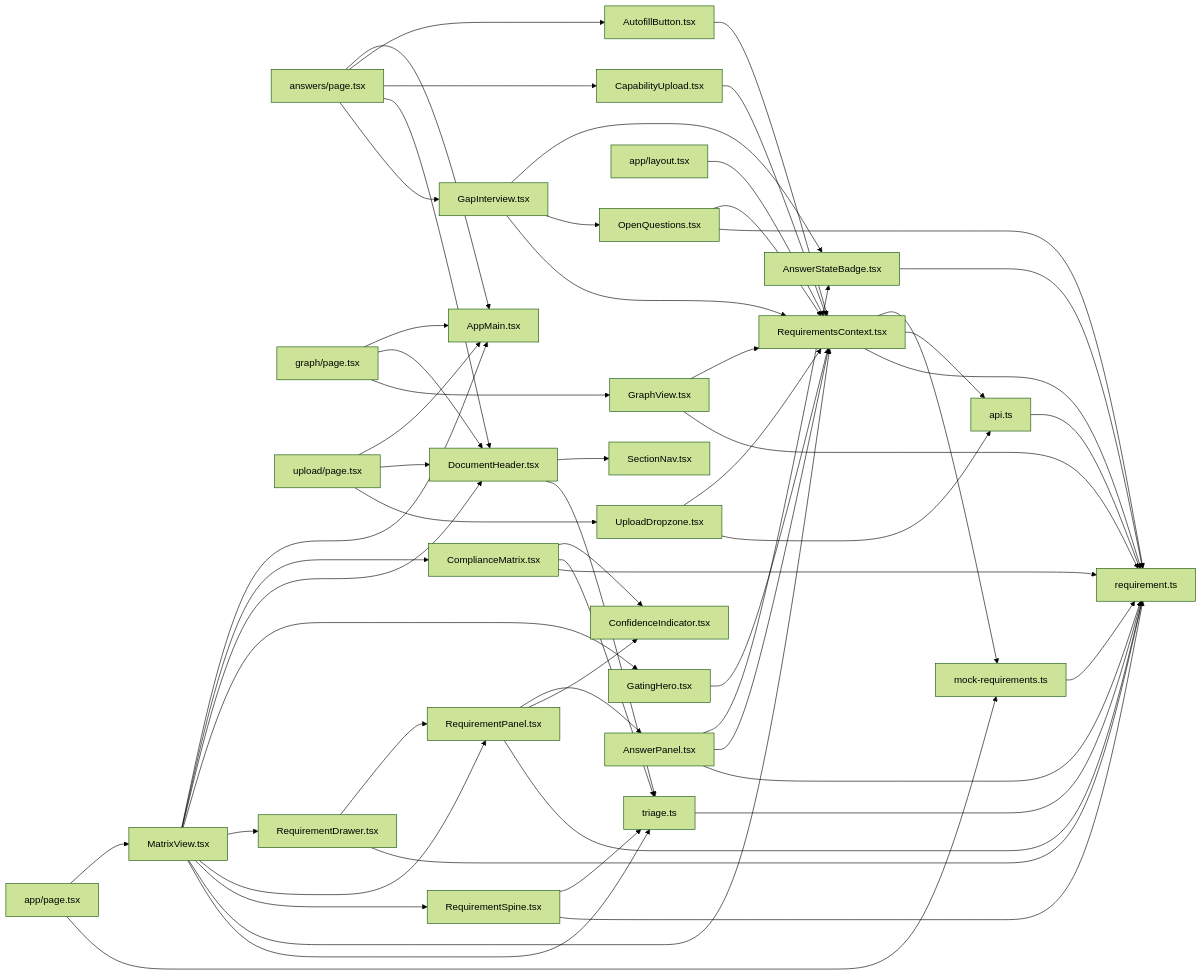
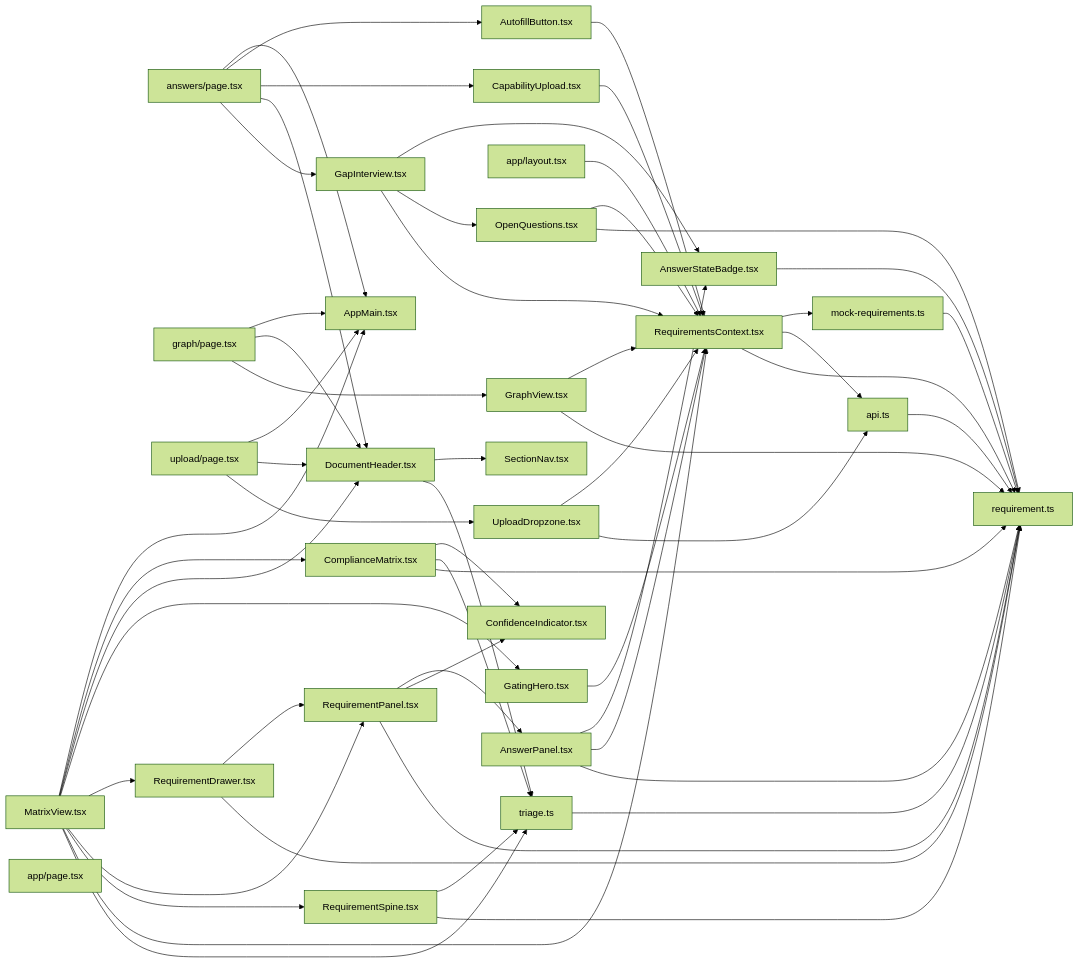
The second of 3 diagrams in CODEMAP.md (Welddevelopment/Bidframe), drawn with Mermaid (forest theme) before and after one commit. The commit also changed other lines of this file and 5 other files, not shown here.

First line of the commit message:
Build landing page as civic record document

````diff
--- a/CODEMAP.md
+++ b/CODEMAP.md
@@ -43,60 +43,59 @@
 ```mermaid
 graph LR
   n0[answers/page.tsx] --> n1[AppMain.tsx]
   n0[answers/page.tsx] --> n2[AutofillButton.tsx]
   n0[answers/page.tsx] --> n3[CapabilityUpload.tsx]
   n0[answers/page.tsx] --> n4[DocumentHeader.tsx]
   n0[answers/page.tsx] --> n5[GapInterview.tsx]
   n6[graph/page.tsx] --> n1[AppMain.tsx]
   n6[graph/page.tsx] --> n4[DocumentHeader.tsx]
   n6[graph/page.tsx] --> n7[GraphView.tsx]
   n8[app/layout.tsx] --> n9[RequirementsContext.tsx]
-  n10[app/page.tsx] --> n11[MatrixView.tsx]
-  n10[app/page.tsx] --> n12[mock-requirements.ts]
-  n13[upload/page.tsx] --> n1[AppMain.tsx]
-  n13[upload/page.tsx] --> n4[DocumentHeader.tsx]
-  n13[upload/page.tsx] --> n14[UploadDropzone.tsx]
-  n15[AnswerPanel.tsx] --> n16[AnswerStateBadge.tsx]
-  n15[AnswerPanel.tsx] --> n9[RequirementsContext.tsx]
-  n15[AnswerPanel.tsx] --> n17[requirement.ts]
-  n16[AnswerStateBadge.tsx] --> n17[requirement.ts]
+  n10[upload/page.tsx] --> n1[AppMain.tsx]
+  n10[upload/page.tsx] --> n4[DocumentHeader.tsx]
+  n10[upload/page.tsx] --> n11[UploadDropzone.tsx]
+  n12[AnswerPanel.tsx] --> n13[AnswerStateBadge.tsx]
+  n12[AnswerPanel.tsx] --> n9[RequirementsContext.tsx]
+  n12[AnswerPanel.tsx] --> n14[requirement.ts]
+  n13[AnswerStateBadge.tsx] --> n14[requirement.ts]
   n2[AutofillButton.tsx] --> n9[RequirementsContext.tsx]
   n3[CapabilityUpload.tsx] --> n9[RequirementsContext.tsx]
-  n18[ComplianceMatrix.tsx] --> n19[ConfidenceIndicator.tsx]
-  n18[ComplianceMatrix.tsx] --> n20[triage.ts]
-  n18[ComplianceMatrix.tsx] --> n17[requirement.ts]
-  n4[DocumentHeader.tsx] --> n21[SectionNav.tsx]
-  n4[DocumentHeader.tsx] --> n20[triage.ts]
-  n5[GapInterview.tsx] --> n16[AnswerStateBadge.tsx]
-  n5[GapInterview.tsx] --> n22[OpenQuestions.tsx]
+  n15[ComplianceMatrix.tsx] --> n16[ConfidenceIndicator.tsx]
+  n15[ComplianceMatrix.tsx] --> n17[triage.ts]
+  n15[ComplianceMatrix.tsx] --> n14[requirement.ts]
+  n4[DocumentHeader.tsx] --> n18[SectionNav.tsx]
+  n4[DocumentHeader.tsx] --> n17[triage.ts]
+  n5[GapInterview.tsx] --> n13[AnswerStateBadge.tsx]
+  n5[GapInterview.tsx] --> n19[OpenQuestions.tsx]
   n5[GapInterview.tsx] --> n9[RequirementsContext.tsx]
-  n23[GatingHero.tsx] --> n9[RequirementsContext.tsx]
+  n20[GatingHero.tsx] --> n9[RequirementsContext.tsx]
   n7[GraphView.tsx] --> n9[RequirementsContext.tsx]
-  n7[GraphView.tsx] --> n17[requirement.ts]
-  n11[MatrixView.tsx] --> n1[AppMain.tsx]
-  n11[MatrixView.tsx] --> n18[ComplianceMatrix.tsx]
-  n11[MatrixView.tsx] --> n4[DocumentHeader.tsx]
-  n11[MatrixView.tsx] --> n23[GatingHero.tsx]
-  n11[MatrixView.tsx] --> n24[RequirementDrawer.tsx]
-  n11[MatrixView.tsx] --> n25[RequirementPanel.tsx]
-  n11[MatrixView.tsx] --> n26[RequirementSpine.tsx]
-  n11[MatrixView.tsx] --> n9[RequirementsContext.tsx]
-  n11[MatrixView.tsx] --> n20[triage.ts]
-  n22[OpenQuestions.tsx] --> n9[RequirementsContext.tsx]
-  n22[OpenQuestions.tsx] --> n17[requirement.ts]
-  n24[RequirementDrawer.tsx] --> n25[RequirementPanel.tsx]
-  n24[RequirementDrawer.tsx] --> n17[requirement.ts]
-  n25[RequirementPanel.tsx] --> n15[AnswerPanel.tsx]
-  n25[RequirementPanel.tsx] --> n19[ConfidenceIndicator.tsx]
-  n25[RequirementPanel.tsx] --> n17[requirement.ts]
-  n26[RequirementSpine.tsx] --> n20[triage.ts]
-  n26[RequirementSpine.tsx] --> n17[requirement.ts]
-  n14[UploadDropzone.tsx] --> n9[RequirementsContext.tsx]
-  n14[UploadDropzone.tsx] --> n27[api.ts]
-  n9[RequirementsContext.tsx] --> n12[mock-requirements.ts]
-  n9[RequirementsContext.tsx] --> n27[api.ts]
-  n9[RequirementsContext.tsx] --> n17[requirement.ts]
-  n12[mock-requirements.ts] --> n17[requirement.ts]
-  n27[api.ts] --> n17[requirement.ts]
-  n20[triage.ts] --> n17[requirement.ts]
+  n7[GraphView.tsx] --> n14[requirement.ts]
+  n21[MatrixView.tsx] --> n1[AppMain.tsx]
+  n21[MatrixView.tsx] --> n15[ComplianceMatrix.tsx]
+  n21[MatrixView.tsx] --> n4[DocumentHeader.tsx]
+  n21[MatrixView.tsx] --> n20[GatingHero.tsx]
+  n21[MatrixView.tsx] --> n22[RequirementDrawer.tsx]
+  n21[MatrixView.tsx] --> n23[RequirementPanel.tsx]
+  n21[MatrixView.tsx] --> n24[RequirementSpine.tsx]
+  n21[MatrixView.tsx] --> n9[RequirementsContext.tsx]
+  n21[MatrixView.tsx] --> n17[triage.ts]
+  n19[OpenQuestions.tsx] --> n9[RequirementsContext.tsx]
+  n19[OpenQuestions.tsx] --> n14[requirement.ts]
+  n22[RequirementDrawer.tsx] --> n23[RequirementPanel.tsx]
+  n22[RequirementDrawer.tsx] --> n14[requirement.ts]
+  n23[RequirementPanel.tsx] --> n12[AnswerPanel.tsx]
+  n23[RequirementPanel.tsx] --> n16[ConfidenceIndicator.tsx]
+  n23[RequirementPanel.tsx] --> n14[requirement.ts]
+  n24[RequirementSpine.tsx] --> n17[triage.ts]
+  n24[RequirementSpine.tsx] --> n14[requirement.ts]
+  n11[UploadDropzone.tsx] --> n9[RequirementsContext.tsx]
+  n11[UploadDropzone.tsx] --> n25[api.ts]
+  n9[RequirementsContext.tsx] --> n26[mock-requirements.ts]
+  n9[RequirementsContext.tsx] --> n25[api.ts]
+  n9[RequirementsContext.tsx] --> n14[requirement.ts]
+  n26[mock-requirements.ts] --> n14[requirement.ts]
+  n25[api.ts] --> n14[requirement.ts]
+  n17[triage.ts] --> n14[requirement.ts]
+  n27[app/page.tsx]
 ```
````
